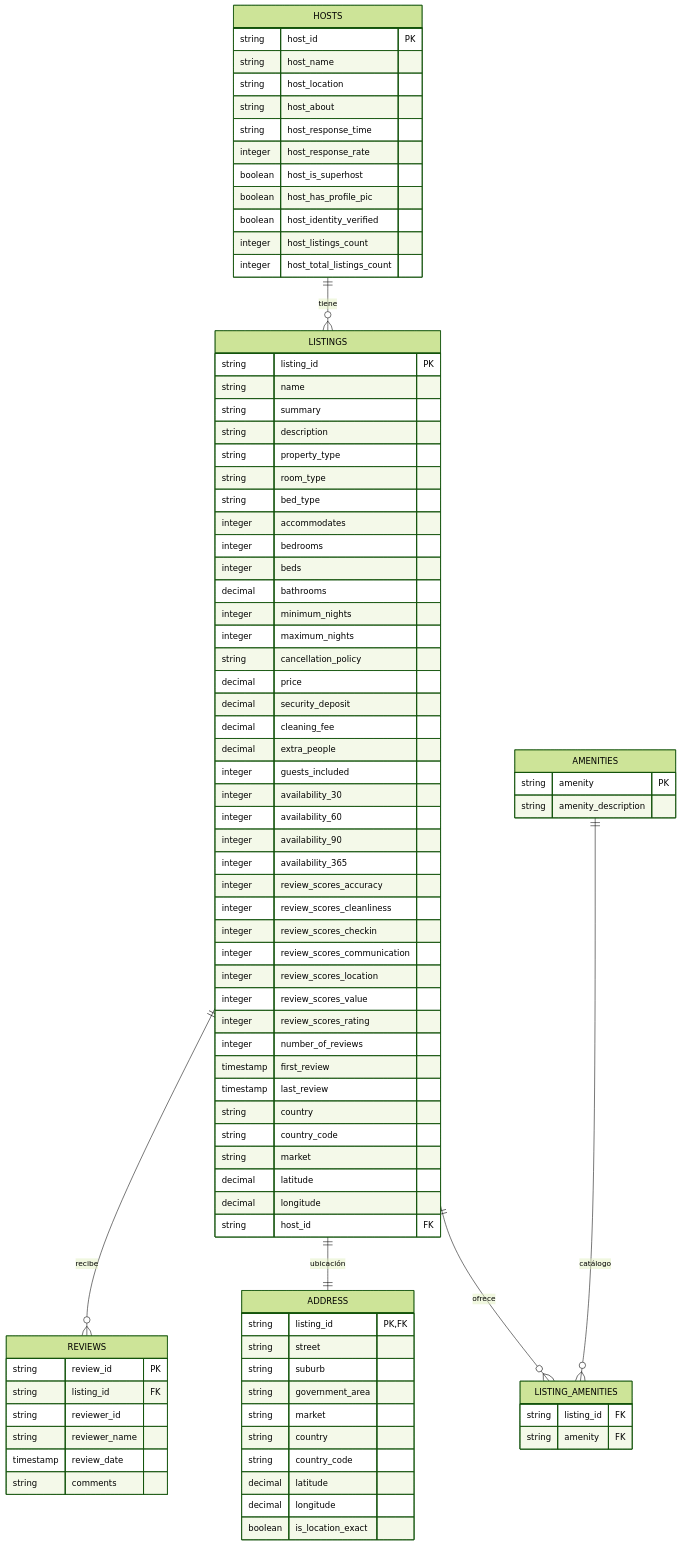
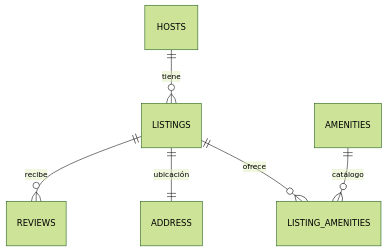
One commit to Codenid/medallion-architecture-airbnb changed the diagram in README.md. Above: the diagram before and after it, drawn with Mermaid (forest theme). The commit also changed other lines of this file and 10 other files, not shown here.

````diff
--- a/README.md
+++ b/README.md
@@ -82,92 +90,4 @@
   LISTINGS ||--|| ADDRESS : "ubicación"
   LISTINGS ||--o{ LISTING_AMENITIES : "ofrece"
   AMENITIES ||--o{ LISTING_AMENITIES : "catálogo"
-
-  HOSTS {
-    string   host_id PK
-    string   host_name
-    string   host_location
-    string   host_about
-    string   host_response_time
-    integer  host_response_rate
-    boolean  host_is_superhost
-    boolean  host_has_profile_pic
-    boolean  host_identity_verified
-    integer  host_listings_count
-    integer  host_total_listings_count
-  }
-
-  LISTINGS {
-    string   listing_id PK
-    string   name
-    string   summary
-    string   description
-    string   property_type
-    string   room_type
-    string   bed_type
-    integer  accommodates
-    integer  bedrooms
-    integer  beds
-    decimal  bathrooms
-    integer  minimum_nights
-    integer  maximum_nights
-    string   cancellation_policy
-    decimal  price
-    decimal  security_deposit
-    decimal  cleaning_fee
-    decimal  extra_people
-    integer  guests_included
-    integer  availability_30
-    integer  availability_60
-    integer  availability_90
-    integer  availability_365
-    integer  review_scores_accuracy
-    integer  review_scores_cleanliness
-    integer  review_scores_checkin
-    integer  review_scores_communication
-    integer  review_scores_location
-    integer  review_scores_value
-    integer  review_scores_rating
-    integer  number_of_reviews
-    timestamp first_review
-    timestamp last_review
-    string   country
-    string   country_code
-    string   market
-    decimal  latitude
-    decimal  longitude
-    string   host_id FK
-  }
-
-  ADDRESS {
-    string   listing_id PK, FK
-    string   street
-    string   suburb
-    string   government_area
-    string   market
-    string   country
-    string   country_code
-    decimal  latitude
-    decimal  longitude
-    boolean  is_location_exact
-  }
-
-  REVIEWS {
-    string    review_id PK
-    string    listing_id FK
-    string    reviewer_id
-    string    reviewer_name
-    timestamp review_date
-    string    comments
-  }
-
-  AMENITIES {
-    string amenity PK
-    string amenity_description
-  }
-
-  LISTING_AMENITIES {
-    string listing_id FK
-    string amenity   FK
-  }
 ```
````
